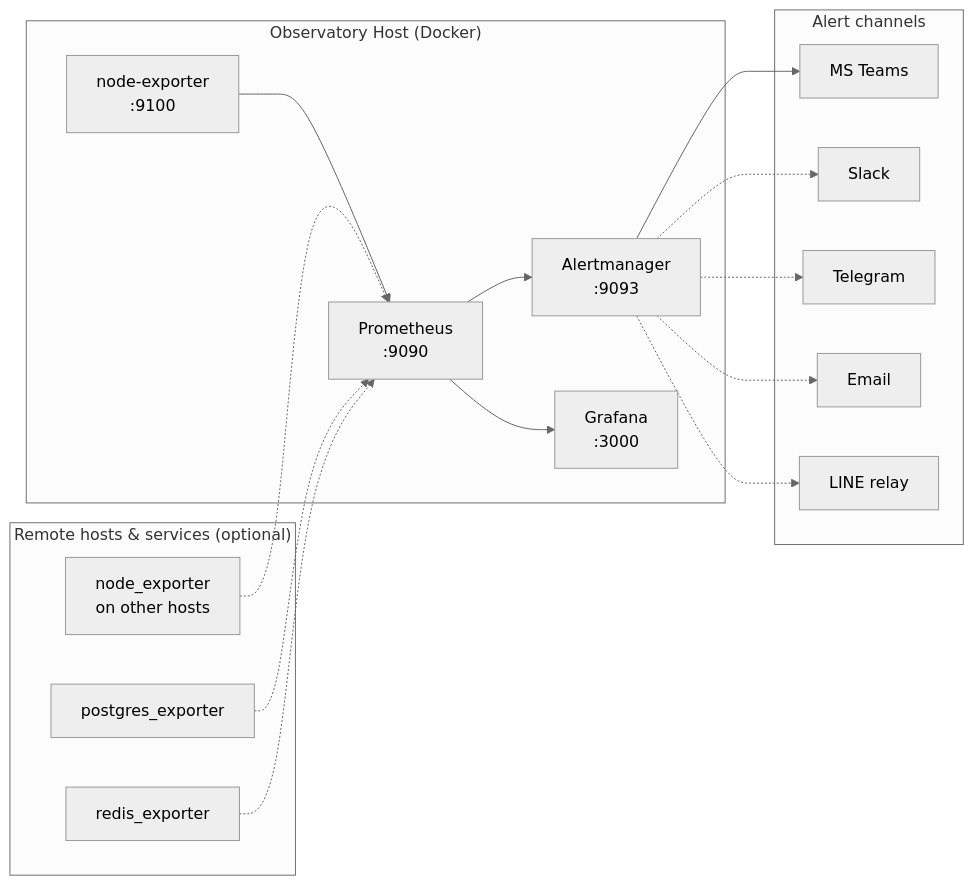
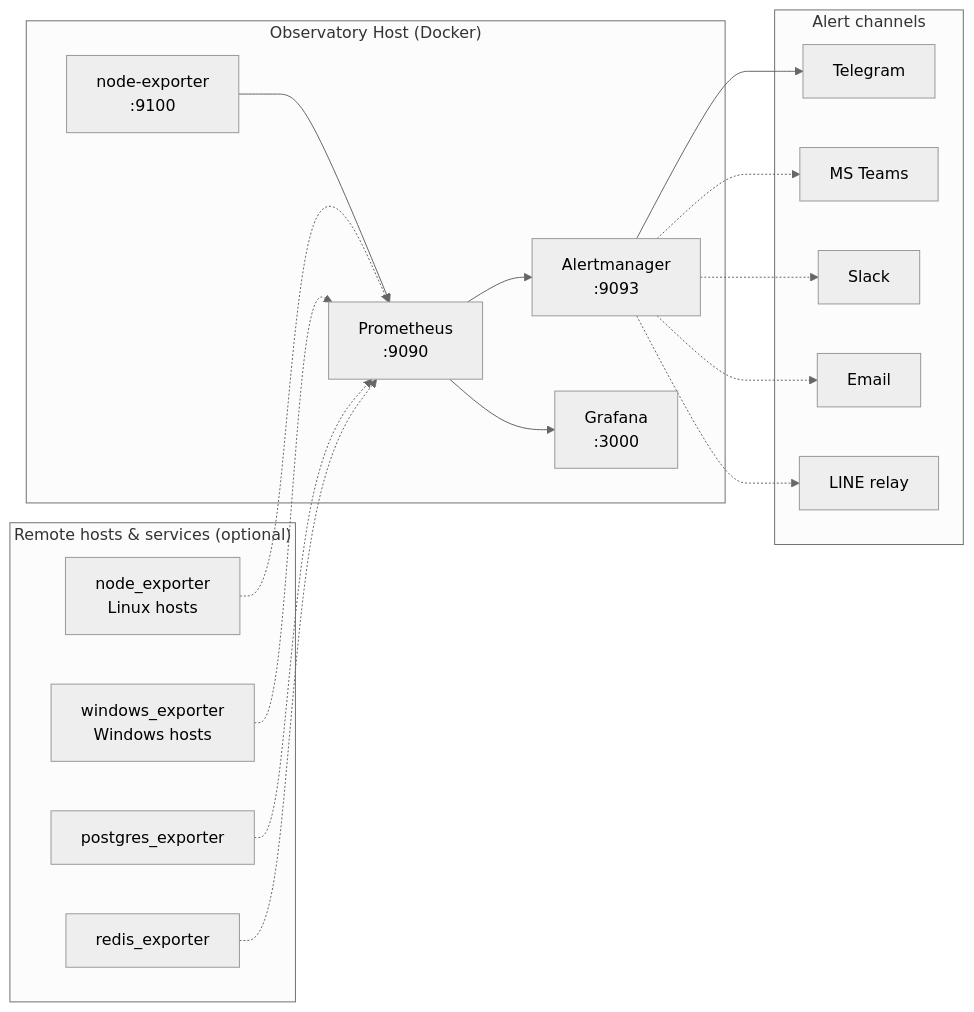
The diagram in README.md (kittaweek/server-observatory), drawn with Mermaid (neutral theme) before and after one commit. The commit also changed other lines of this file and 7 other files, not shown here.

````diff
--- a/README.md
+++ b/README.md
@@ -14,35 +14,37 @@
 ```mermaid
 flowchart LR
     subgraph Observatory["Observatory Host (Docker)"]
         NE[node-exporter<br/>:9100]
         P[Prometheus<br/>:9090]
         AM[Alertmanager<br/>:9093]
         G[Grafana<br/>:3000]
     end
 
     subgraph Remote["Remote hosts & services (optional)"]
-        RN[node_exporter<br/>on other hosts]
+        RN[node_exporter<br/>Linux hosts]
+        WE[windows_exporter<br/>Windows hosts]
         PG[postgres_exporter]
         RD[redis_exporter]
     end
 
     subgraph Channels["Alert channels"]
+        TG[Telegram]
         T[MS Teams]
         S[Slack]
-        TG[Telegram]
         EM[Email]
         L[LINE relay]
     end
 
     NE --> P
     RN -.-> P
+    WE -.-> P
     PG -.-> P
     RD -.-> P
     P --> AM
     P --> G
-    AM --> T
+    AM --> TG
+    AM -.-> T
     AM -.-> S
-    AM -.-> TG
     AM -.-> EM
     AM -.-> L
 ```
````
